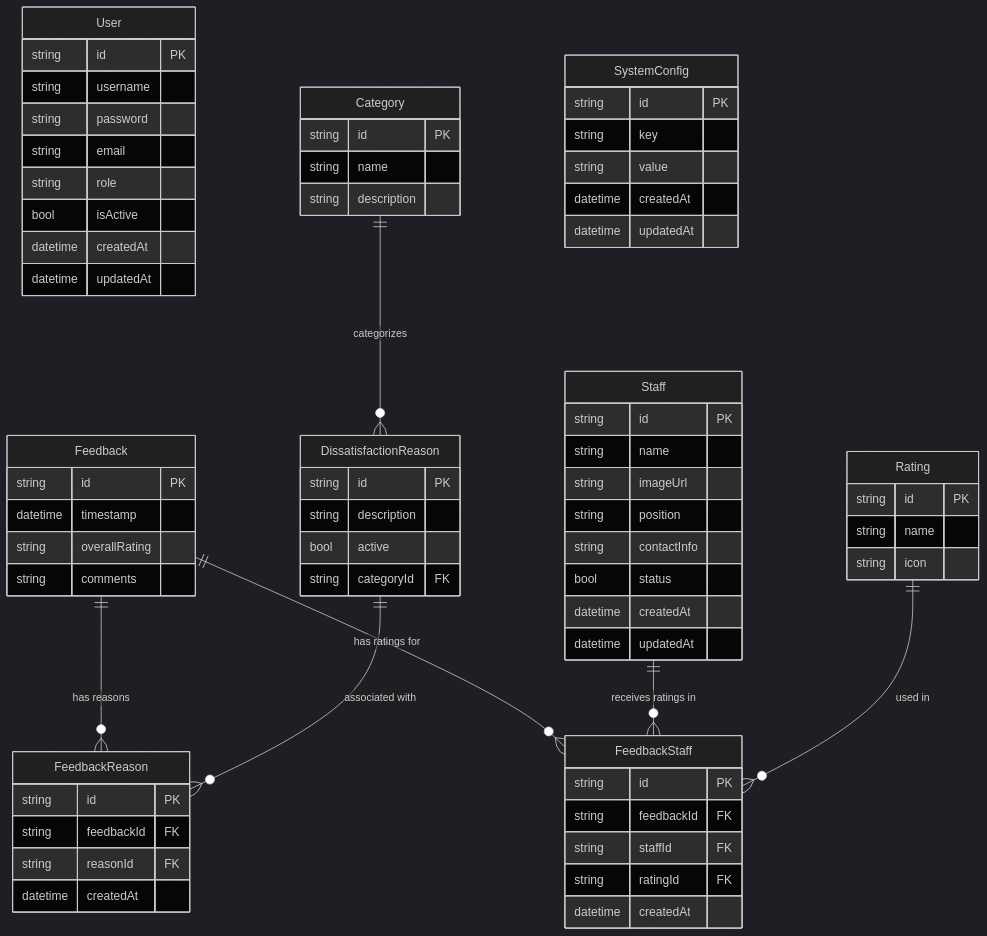
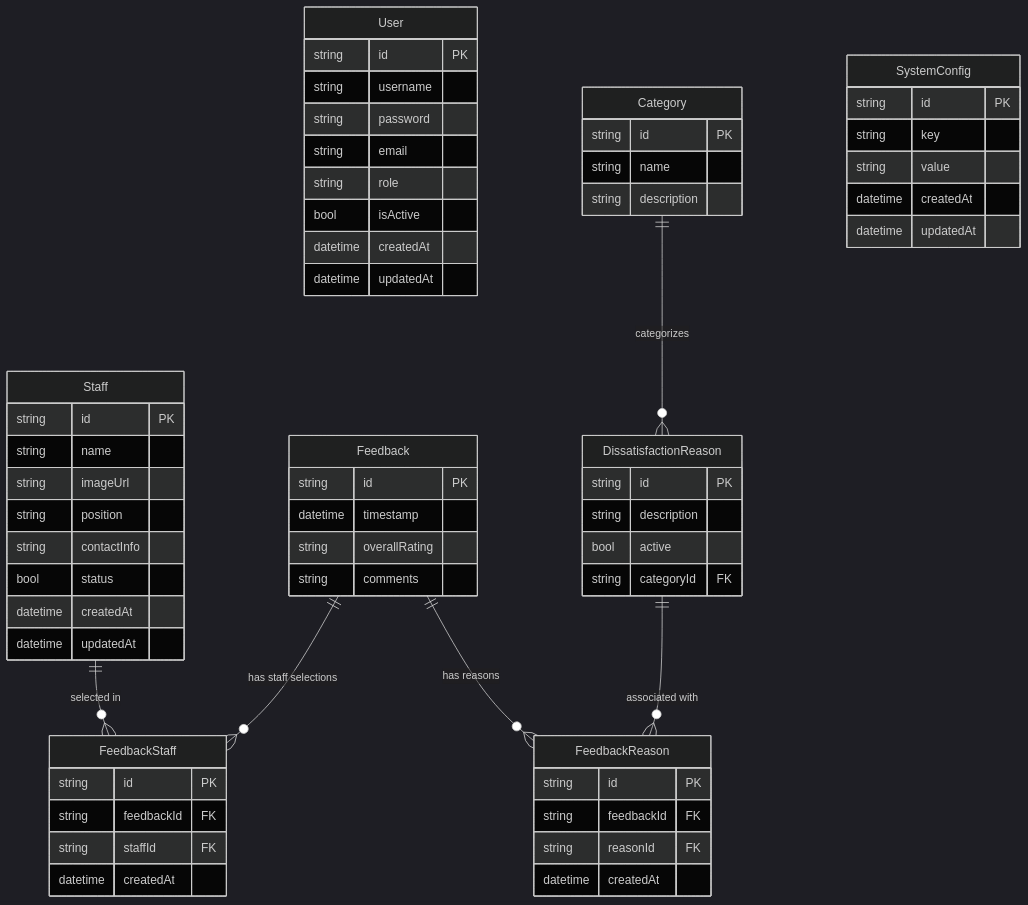
Before and after one commit to cmmrox/customer-feedback: the diagram in ER_Diagram_Mermaid.md, drawn with Mermaid (dark theme). The commit also changed other lines of this file and 7 other files, not shown here.

First line of the commit message:
Refactor feedback system to remove emotion-based ratings and update related components

````diff
--- a/ER_Diagram_Mermaid.md
+++ b/ER_Diagram_Mermaid.md
@@ -3,82 +3,74 @@
 ```mermaid
 erDiagram
     User {
         string id PK
         string username
         string password
         string email
         string role
         bool isActive
         datetime createdAt
         datetime updatedAt
     }
     
     Staff {
         string id PK
         string name
         string imageUrl
         string position
         string contactInfo
         bool status
         datetime createdAt
         datetime updatedAt
     }
     
     Feedback {
         string id PK
         datetime timestamp
         string overallRating
         string comments
     }
     
-    Rating {
-        string id PK
-        string name
-        string icon
-    }
-    
     Category {
         string id PK
         string name
         string description
     }
     
     DissatisfactionReason {
         string id PK
         string description
         bool active
         string categoryId FK
     }
     
     FeedbackStaff {
         string id PK
         string feedbackId FK
         string staffId FK
-        string ratingId FK
         datetime createdAt
     }
     
     FeedbackReason {
         string id PK
         string feedbackId FK
         string reasonId FK
         datetime createdAt
     }
     
     SystemConfig {
         string id PK
         string key
         string value
         datetime createdAt
         datetime updatedAt
     }
     
-    Feedback ||--o{ FeedbackStaff : "has ratings for"
-    Staff ||--o{ FeedbackStaff : "receives ratings in"
-    Rating ||--o{ FeedbackStaff : "used in"
+    Feedback ||--o{ FeedbackStaff : "has staff selections"
+    Staff ||--o{ FeedbackStaff : "selected in"
     
     Feedback ||--o{ FeedbackReason : "has reasons"
     DissatisfactionReason ||--o{ FeedbackReason : "associated with"
     
     Category ||--o{ DissatisfactionReason : "categorizes"
 ```
````
